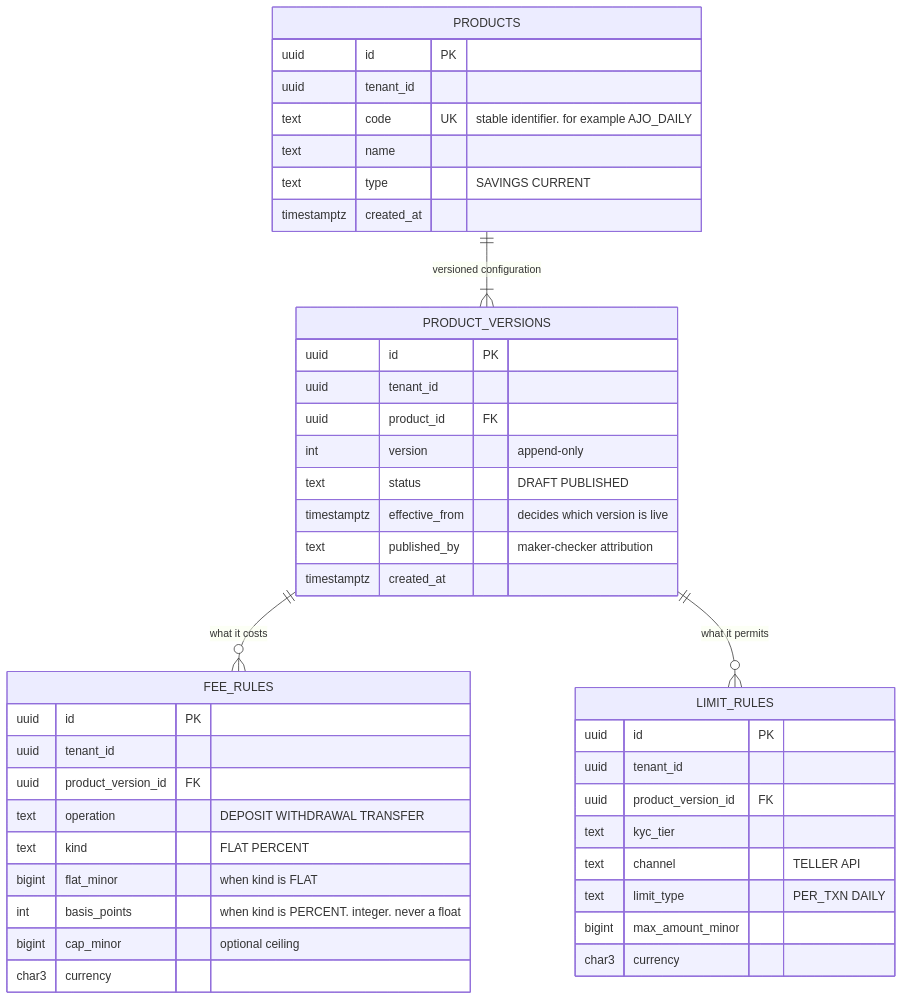
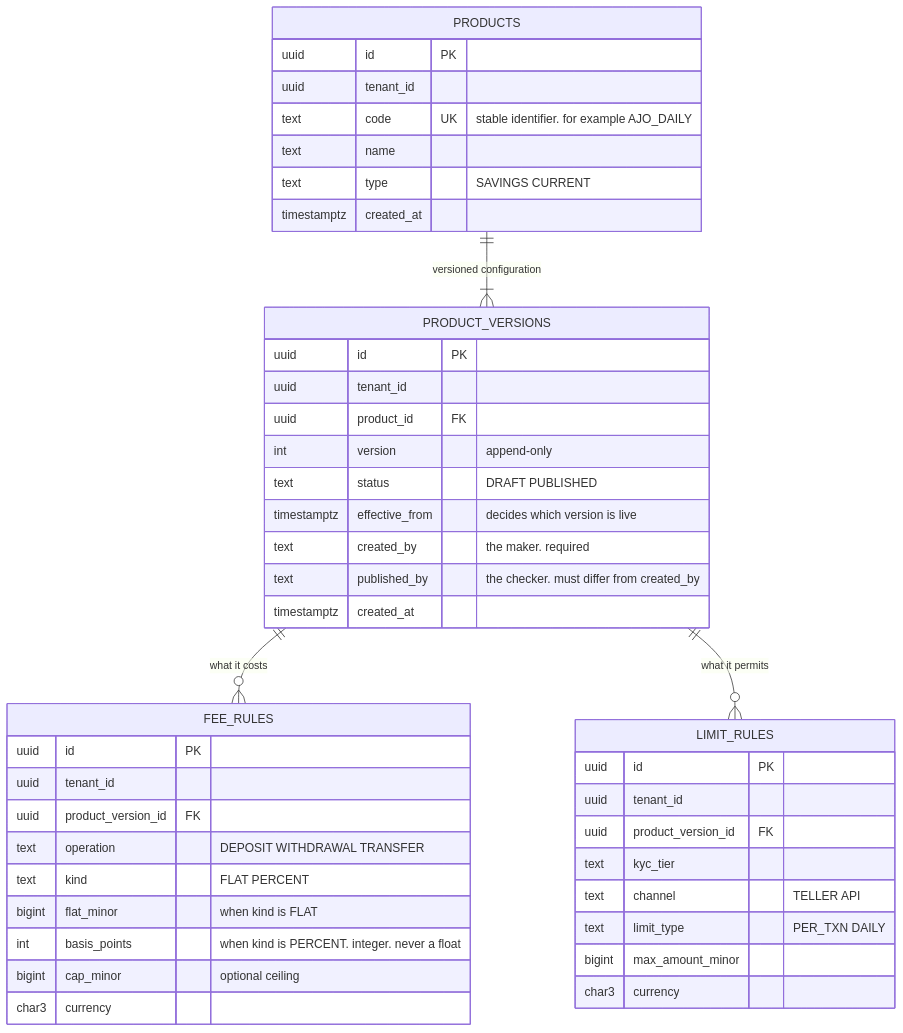
One commit to Elyonar/fincore changed the third of 3 diagrams in services/core/docs/data-model.md. Above: the diagram before and after it, drawn with Mermaid. The commit also changed other lines of this file and 32 other files, not shown here.

````diff
--- a/services/core/docs/data-model.md
+++ b/services/core/docs/data-model.md
@@ -226,46 +253,47 @@
 ```mermaid
 erDiagram
     PRODUCTS ||--|{ PRODUCT_VERSIONS : "versioned configuration"
     PRODUCT_VERSIONS ||--o{ FEE_RULES : "what it costs"
     PRODUCT_VERSIONS ||--o{ LIMIT_RULES : "what it permits"
 
     PRODUCTS {
         uuid id PK
         uuid tenant_id
         text code UK "stable identifier. for example AJO_DAILY"
         text name
         text type "SAVINGS CURRENT"
         timestamptz created_at
     }
     PRODUCT_VERSIONS {
         uuid id PK
         uuid tenant_id
         uuid product_id FK
         int version "append-only"
         text status "DRAFT PUBLISHED"
         timestamptz effective_from "decides which version is live"
-        text published_by "maker-checker attribution"
+        text created_by "the maker. required"
+        text published_by "the checker. must differ from created_by"
         timestamptz created_at
     }
     FEE_RULES {
         uuid id PK
         uuid tenant_id
         uuid product_version_id FK
         text operation "DEPOSIT WITHDRAWAL TRANSFER"
         text kind "FLAT PERCENT"
         bigint flat_minor "when kind is FLAT"
         int basis_points "when kind is PERCENT. integer. never a float"
         bigint cap_minor "optional ceiling"
         char3 currency
     }
     LIMIT_RULES {
         uuid id PK
         uuid tenant_id
         uuid product_version_id FK
         text kyc_tier
         text channel "TELLER API"
         text limit_type "PER_TXN DAILY"
         bigint max_amount_minor
         char3 currency
     }
 ```
````
